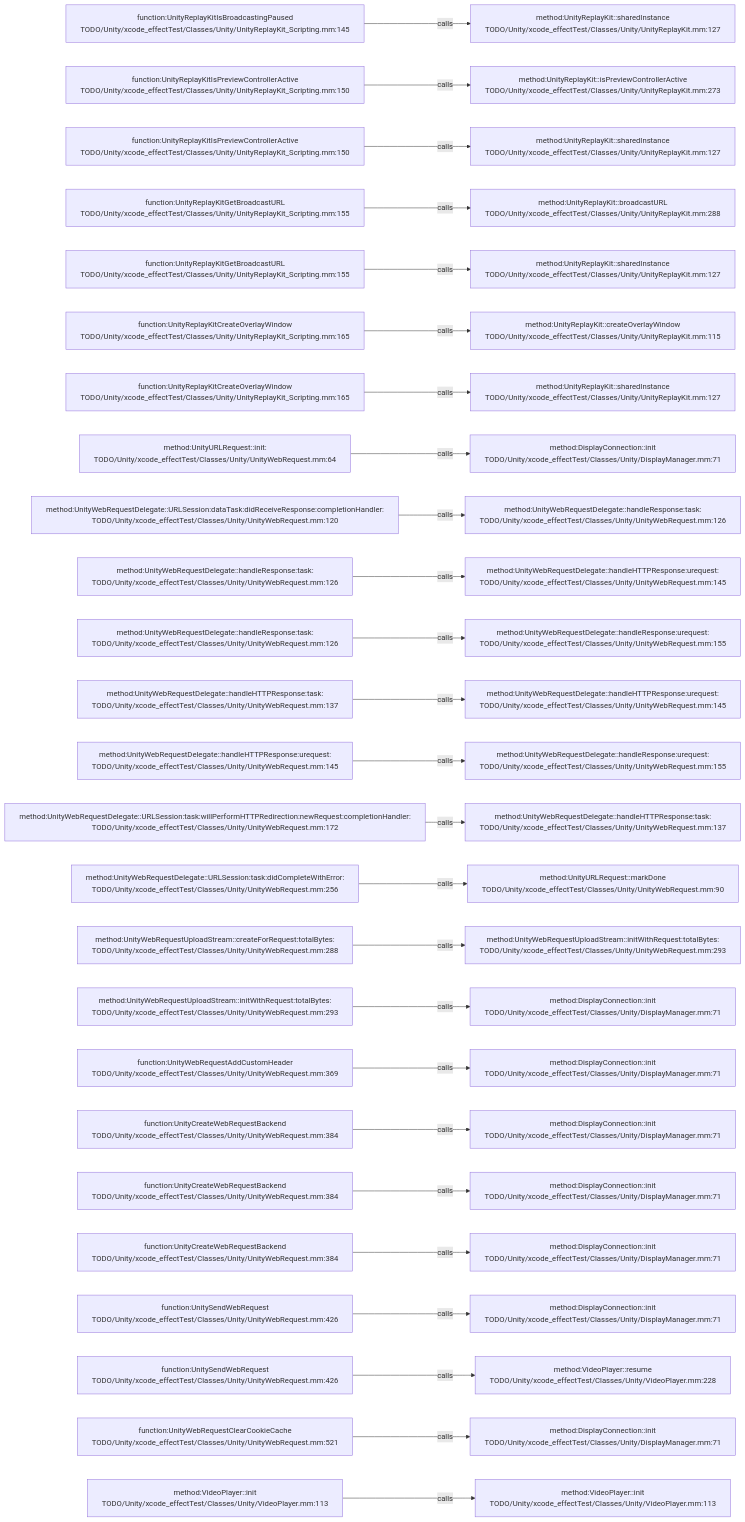
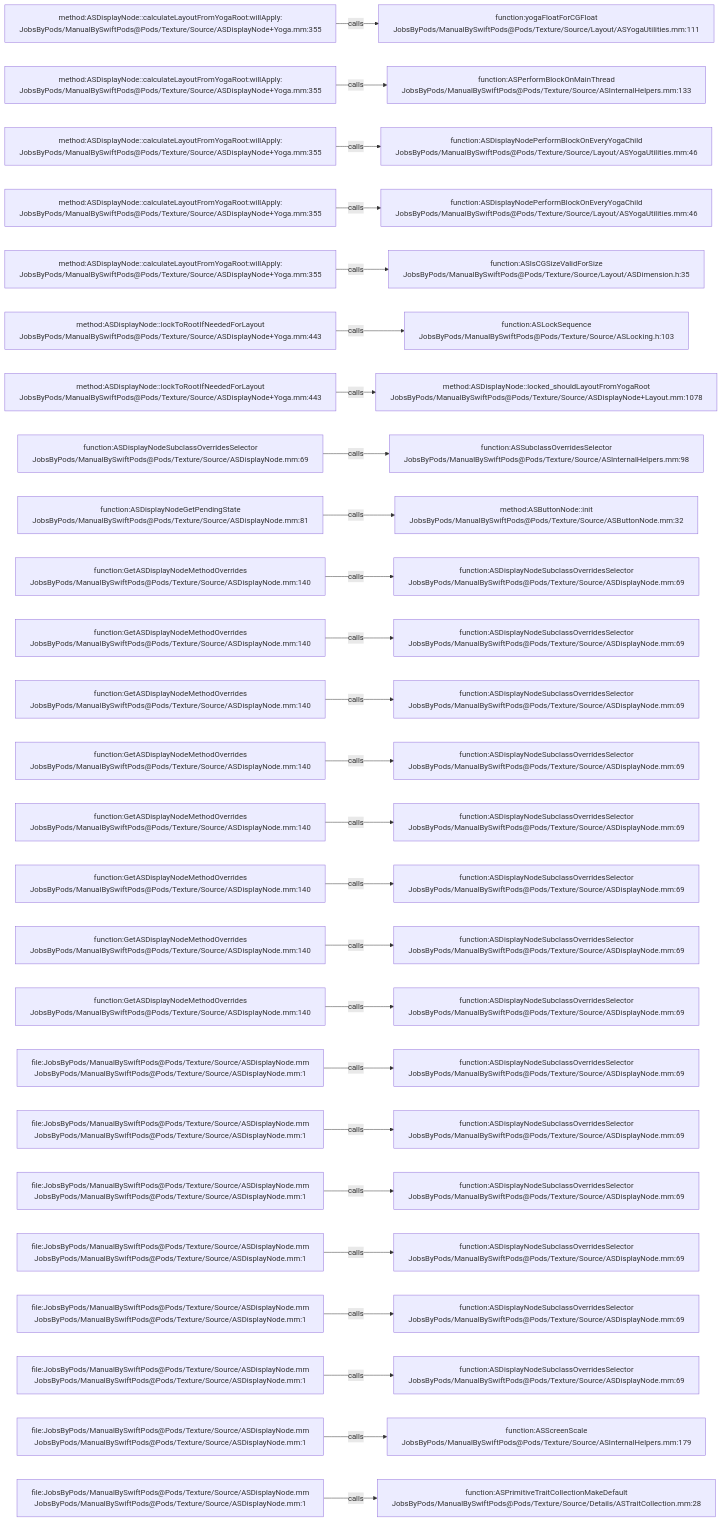
One commit to JobsKits/JobsSwiftBaseConfigDemo changed the diagram in .codegraph/codegraph.md/graphs/calls-045.md. Above: the diagram before and after it, drawn with Mermaid. The commit also changed 2959 other files, not shown here.

````diff
--- a/.codegraph/codegraph.md/graphs/calls-045.md
+++ b/.codegraph/codegraph.md/graphs/calls-045.md
@@ -13,78 +13,78 @@
 ```mermaid
 flowchart LR
-  S1["function:UnityReplayKitIsBroadcastingPaused<br/>TODO/Unity/xcode_effectTest/Classes/Unity/UnityReplayKit_Scripting.mm:145"]
-  T1["method:UnityReplayKit::sharedInstance<br/>TODO/Unity/xcode_effectTest/Classes/Unity/UnityReplayKit.mm:127"]
+  S1["method:ASDisplayNode::calculateLayoutFromYogaRoot:willApply:<br/>JobsByPods/ManualBySwiftPods@Pods/Texture/Source/ASDisplayNode+Yoga.mm:355"]
+  T1["function:yogaFloatForCGFloat<br/>JobsByPods/ManualBySwiftPods@Pods/Texture/Source/Layout/ASYogaUtilities.mm:111"]
   S1 -->|calls| T1
-  S2["function:UnityReplayKitIsPreviewControllerActive<br/>TODO/Unity/xcode_effectTest/Classes/Unity/UnityReplayKit_Scripting.mm:150"]
-  T2["method:UnityReplayKit::isPreviewControllerActive<br/>TODO/Unity/xcode_effectTest/Classes/Unity/UnityReplayKit.mm:273"]
+  S2["method:ASDisplayNode::calculateLayoutFromYogaRoot:willApply:<br/>JobsByPods/ManualBySwiftPods@Pods/Texture/Source/ASDisplayNode+Yoga.mm:355"]
+  T2["function:ASPerformBlockOnMainThread<br/>JobsByPods/ManualBySwiftPods@Pods/Texture/Source/ASInternalHelpers.mm:133"]
   S2 -->|calls| T2
-  S3["function:UnityReplayKitIsPreviewControllerActive<br/>TODO/Unity/xcode_effectTest/Classes/Unity/UnityReplayKit_Scripting.mm:150"]
-  T3["method:UnityReplayKit::sharedInstance<br/>TODO/Unity/xcode_effectTest/Classes/Unity/UnityReplayKit.mm:127"]
+  S3["method:ASDisplayNode::calculateLayoutFromYogaRoot:willApply:<br/>JobsByPods/ManualBySwiftPods@Pods/Texture/Source/ASDisplayNode+Yoga.mm:355"]
+  T3["function:ASDisplayNodePerformBlockOnEveryYogaChild<br/>JobsByPods/ManualBySwiftPods@Pods/Texture/Source/Layout/ASYogaUtilities.mm:46"]
   S3 -->|calls| T3
-  S4["function:UnityReplayKitGetBroadcastURL<br/>TODO/Unity/xcode_effectTest/Classes/Unity/UnityReplayKit_Scripting.mm:155"]
-  T4["method:UnityReplayKit::broadcastURL<br/>TODO/Unity/xcode_effectTest/Classes/Unity/UnityReplayKit.mm:288"]
+  S4["method:ASDisplayNode::calculateLayoutFromYogaRoot:willApply:<br/>JobsByPods/ManualBySwiftPods@Pods/Texture/Source/ASDisplayNode+Yoga.mm:355"]
+  T4["function:ASDisplayNodePerformBlockOnEveryYogaChild<br/>JobsByPods/ManualBySwiftPods@Pods/Texture/Source/Layout/ASYogaUtilities.mm:46"]
   S4 -->|calls| T4
-  S5["function:UnityReplayKitGetBroadcastURL<br/>TODO/Unity/xcode_effectTest/Classes/Unity/UnityReplayKit_Scripting.mm:155"]
-  T5["method:UnityReplayKit::sharedInstance<br/>TODO/Unity/xcode_effectTest/Classes/Unity/UnityReplayKit.mm:127"]
+  S5["method:ASDisplayNode::calculateLayoutFromYogaRoot:willApply:<br/>JobsByPods/ManualBySwiftPods@Pods/Texture/Source/ASDisplayNode+Yoga.mm:355"]
+  T5["function:ASIsCGSizeValidForSize<br/>JobsByPods/ManualBySwiftPods@Pods/Texture/Source/Layout/ASDimension.h:35"]
   S5 -->|calls| T5
-  S6["function:UnityReplayKitCreateOverlayWindow<br/>TODO/Unity/xcode_effectTest/Classes/Unity/UnityReplayKit_Scripting.mm:165"]
-  T6["method:UnityReplayKit::createOverlayWindow<br/>TODO/Unity/xcode_effectTest/Classes/Unity/UnityReplayKit.mm:115"]
+  S6["method:ASDisplayNode::lockToRootIfNeededForLayout<br/>JobsByPods/ManualBySwiftPods@Pods/Texture/Source/ASDisplayNode+Yoga.mm:443"]
+  T6["function:ASLockSequence<br/>JobsByPods/ManualBySwiftPods@Pods/Texture/Source/ASLocking.h:103"]
   S6 -->|calls| T6
-  S7["function:UnityReplayKitCreateOverlayWindow<br/>TODO/Unity/xcode_effectTest/Classes/Unity/UnityReplayKit_Scripting.mm:165"]
-  T7["method:UnityReplayKit::sharedInstance<br/>TODO/Unity/xcode_effectTest/Classes/Unity/UnityReplayKit.mm:127"]
+  S7["method:ASDisplayNode::lockToRootIfNeededForLayout<br/>JobsByPods/ManualBySwiftPods@Pods/Texture/Source/ASDisplayNode+Yoga.mm:443"]
+  T7["method:ASDisplayNode::locked_shouldLayoutFromYogaRoot<br/>JobsByPods/ManualBySwiftPods@Pods/Texture/Source/ASDisplayNode+Layout.mm:1078"]
   S7 -->|calls| T7
-  S8["method:UnityURLRequest::init:<br/>TODO/Unity/xcode_effectTest/Classes/Unity/UnityWebRequest.mm:64"]
-  T8["method:DisplayConnection::init<br/>TODO/Unity/xcode_effectTest/Classes/Unity/DisplayManager.mm:71"]
+  S8["function:ASDisplayNodeSubclassOverridesSelector<br/>JobsByPods/ManualBySwiftPods@Pods/Texture/Source/ASDisplayNode.mm:69"]
+  T8["function:ASSubclassOverridesSelector<br/>JobsByPods/ManualBySwiftPods@Pods/Texture/Source/ASInternalHelpers.mm:98"]
   S8 -->|calls| T8
-  S9["method:UnityWebRequestDelegate::URLSession:dataTask:didReceiveResponse:completionHandler:<br/>TODO/Unity/xcode_effectTest/Classes/Unity/UnityWebRequest.mm:120"]
-  T9["method:UnityWebRequestDelegate::handleResponse:task:<br/>TODO/Unity/xcode_effectTest/Classes/Unity/UnityWebRequest.mm:126"]
+  S9["function:ASDisplayNodeGetPendingState<br/>JobsByPods/ManualBySwiftPods@Pods/Texture/Source/ASDisplayNode.mm:81"]
+  T9["method:ASButtonNode::init<br/>JobsByPods/ManualBySwiftPods@Pods/Texture/Source/ASButtonNode.mm:32"]
   S9 -->|calls| T9
-  S10["method:UnityWebRequestDelegate::handleResponse:task:<br/>TODO/Unity/xcode_effectTest/Classes/Unity/UnityWebRequest.mm:126"]
-  T10["method:UnityWebRequestDelegate::handleHTTPResponse:urequest:<br/>TODO/Unity/xcode_effectTest/Classes/Unity/UnityWebRequest.mm:145"]
+  S10["function:GetASDisplayNodeMethodOverrides<br/>JobsByPods/ManualBySwiftPods@Pods/Texture/Source/ASDisplayNode.mm:140"]
+  T10["function:ASDisplayNodeSubclassOverridesSelector<br/>JobsByPods/ManualBySwiftPods@Pods/Texture/Source/ASDisplayNode.mm:69"]
   S10 -->|calls| T10
-  S11["method:UnityWebRequestDelegate::handleResponse:task:<br/>TODO/Unity/xcode_effectTest/Classes/Unity/UnityWebRequest.mm:126"]
-  T11["method:UnityWebRequestDelegate::handleResponse:urequest:<br/>TODO/Unity/xcode_effectTest/Classes/Unity/UnityWebRequest.mm:155"]
+  S11["function:GetASDisplayNodeMethodOverrides<br/>JobsByPods/ManualBySwiftPods@Pods/Texture/Source/ASDisplayNode.mm:140"]
+  T11["function:ASDisplayNodeSubclassOverridesSelector<br/>JobsByPods/ManualBySwiftPods@Pods/Texture/Source/ASDisplayNode.mm:69"]
   S11 -->|calls| T11
-  S12["method:UnityWebRequestDelegate::handleHTTPResponse:task:<br/>TODO/Unity/xcode_effectTest/Classes/Unity/UnityWebRequest.mm:137"]
-  T12["method:UnityWebRequestDelegate::handleHTTPResponse:urequest:<br/>TODO/Unity/xcode_effectTest/Classes/Unity/UnityWebRequest.mm:145"]
+  S12["function:GetASDisplayNodeMethodOverrides<br/>JobsByPods/ManualBySwiftPods@Pods/Texture/Source/ASDisplayNode.mm:140"]
+  T12["function:ASDisplayNodeSubclassOverridesSelector<br/>JobsByPods/ManualBySwiftPods@Pods/Texture/Source/ASDisplayNode.mm:69"]
   S12 -->|calls| T12
-  S13["method:UnityWebRequestDelegate::handleHTTPResponse:urequest:<br/>TODO/Unity/xcode_effectTest/Classes/Unity/UnityWebRequest.mm:145"]
-  T13["method:UnityWebRequestDelegate::handleResponse:urequest:<br/>TODO/Unity/xcode_effectTest/Classes/Unity/UnityWebRequest.mm:155"]
+  S13["function:GetASDisplayNodeMethodOverrides<br/>JobsByPods/ManualBySwiftPods@Pods/Texture/Source/ASDisplayNode.mm:140"]
+  T13["function:ASDisplayNodeSubclassOverridesSelector<br/>JobsByPods/ManualBySwiftPods@Pods/Texture/Source/ASDisplayNode.mm:69"]
   S13 -->|calls| T13
-  S14["method:UnityWebRequestDelegate::URLSession:task:willPerformHTTPRedirection:newRequest:completionHandler:<br/>TODO/Unity/xcode_effectTest/Classes/Unity/UnityWebRequest.mm:172"]
-  T14["method:UnityWebRequestDelegate::handleHTTPResponse:task:<br/>TODO/Unity/xcode_effectTest/Classes/Unity/UnityWebRequest.mm:137"]
+  S14["function:GetASDisplayNodeMethodOverrides<br/>JobsByPods/ManualBySwiftPods@Pods/Texture/Source/ASDisplayNode.mm:140"]
+  T14["function:ASDisplayNodeSubclassOverridesSelector<br/>JobsByPods/ManualBySwiftPods@Pods/Texture/Source/ASDisplayNode.mm:69"]
   S14 -->|calls| T14
-  S15["method:UnityWebRequestDelegate::URLSession:task:didCompleteWithError:<br/>TODO/Unity/xcode_effectTest/Classes/Unity/UnityWebRequest.mm:256"]
-  T15["method:UnityURLRequest::markDone<br/>TODO/Unity/xcode_effectTest/Classes/Unity/UnityWebRequest.mm:90"]
+  S15["function:GetASDisplayNodeMethodOverrides<br/>JobsByPods/ManualBySwiftPods@Pods/Texture/Source/ASDisplayNode.mm:140"]
+  T15["function:ASDisplayNodeSubclassOverridesSelector<br/>JobsByPods/ManualBySwiftPods@Pods/Texture/Source/ASDisplayNode.mm:69"]
   S15 -->|calls| T15
-  S16["method:UnityWebRequestUploadStream::createForRequest:totalBytes:<br/>TODO/Unity/xcode_effectTest/Classes/Unity/UnityWebRequest.mm:288"]
-  T16["method:UnityWebRequestUploadStream::initWithRequest:totalBytes:<br/>TODO/Unity/xcode_effectTest/Classes/Unity/UnityWebRequest.mm:293"]
+  S16["function:GetASDisplayNodeMethodOverrides<br/>JobsByPods/ManualBySwiftPods@Pods/Texture/Source/ASDisplayNode.mm:140"]
+  T16["function:ASDisplayNodeSubclassOverridesSelector<br/>JobsByPods/ManualBySwiftPods@Pods/Texture/Source/ASDisplayNode.mm:69"]
   S16 -->|calls| T16
-  S17["method:UnityWebRequestUploadStream::initWithRequest:totalBytes:<br/>TODO/Unity/xcode_effectTest/Classes/Unity/UnityWebRequest.mm:293"]
-  T17["method:DisplayConnection::init<br/>TODO/Unity/xcode_effectTest/Classes/Unity/DisplayManager.mm:71"]
+  S17["function:GetASDisplayNodeMethodOverrides<br/>JobsByPods/ManualBySwiftPods@Pods/Texture/Source/ASDisplayNode.mm:140"]
+  T17["function:ASDisplayNodeSubclassOverridesSelector<br/>JobsByPods/ManualBySwiftPods@Pods/Texture/Source/ASDisplayNode.mm:69"]
   S17 -->|calls| T17
-  S18["function:UnityWebRequestAddCustomHeader<br/>TODO/Unity/xcode_effectTest/Classes/Unity/UnityWebRequest.mm:369"]
-  T18["method:DisplayConnection::init<br/>TODO/Unity/xcode_effectTest/Classes/Unity/DisplayManager.mm:71"]
+  S18["file:JobsByPods/ManualBySwiftPods@Pods/Texture/Source/ASDisplayNode.mm<br/>JobsByPods/ManualBySwiftPods@Pods/Texture/Source/ASDisplayNode.mm:1"]
+  T18["function:ASDisplayNodeSubclassOverridesSelector<br/>JobsByPods/ManualBySwiftPods@Pods/Texture/Source/ASDisplayNode.mm:69"]
   S18 -->|calls| T18
-  S19["function:UnityCreateWebRequestBackend<br/>TODO/Unity/xcode_effectTest/Classes/Unity/UnityWebRequest.mm:384"]
-  T19["method:DisplayConnection::init<br/>TODO/Unity/xcode_effectTest/Classes/Unity/DisplayManager.mm:71"]
+  S19["file:JobsByPods/ManualBySwiftPods@Pods/Texture/Source/ASDisplayNode.mm<br/>JobsByPods/ManualBySwiftPods@Pods/Texture/Source/ASDisplayNode.mm:1"]
+  T19["function:ASDisplayNodeSubclassOverridesSelector<br/>JobsByPods/ManualBySwiftPods@Pods/Texture/Source/ASDisplayNode.mm:69"]
   S19 -->|calls| T19
-  S20["function:UnityCreateWebRequestBackend<br/>TODO/Unity/xcode_effectTest/Classes/Unity/UnityWebRequest.mm:384"]
-  T20["method:DisplayConnection::init<br/>TODO/Unity/xcode_effectTest/Classes/Unity/DisplayManager.mm:71"]
+  S20["file:JobsByPods/ManualBySwiftPods@Pods/Texture/Source/ASDisplayNode.mm<br/>JobsByPods/ManualBySwiftPods@Pods/Texture/Source/ASDisplayNode.mm:1"]
+  T20["function:ASDisplayNodeSubclassOverridesSelector<br/>JobsByPods/ManualBySwiftPods@Pods/Texture/Source/ASDisplayNode.mm:69"]
   S20 -->|calls| T20
-  S21["function:UnityCreateWebRequestBackend<br/>TODO/Unity/xcode_effectTest/Classes/Unity/UnityWebRequest.mm:384"]
-  T21["method:DisplayConnection::init<br/>TODO/Unity/xcode_effectTest/Classes/Unity/DisplayManager.mm:71"]
+  S21["file:JobsByPods/ManualBySwiftPods@Pods/Texture/Source/ASDisplayNode.mm<br/>JobsByPods/ManualBySwiftPods@Pods/Texture/Source/ASDisplayNode.mm:1"]
+  T21["function:ASDisplayNodeSubclassOverridesSelector<br/>JobsByPods/ManualBySwiftPods@Pods/Texture/Source/ASDisplayNode.mm:69"]
   S21 -->|calls| T21
-  S22["function:UnitySendWebRequest<br/>TODO/Unity/xcode_effectTest/Classes/Unity/UnityWebRequest.mm:426"]
-  T22["method:DisplayConnection::init<br/>TODO/Unity/xcode_effectTest/Classes/Unity/DisplayManager.mm:71"]
+  S22["file:JobsByPods/ManualBySwiftPods@Pods/Texture/Source/ASDisplayNode.mm<br/>JobsByPods/ManualBySwiftPods@Pods/Texture/Source/ASDisplayNode.mm:1"]
+  T22["function:ASDisplayNodeSubclassOverridesSelector<br/>JobsByPods/ManualBySwiftPods@Pods/Texture/Source/ASDisplayNode.mm:69"]
   S22 -->|calls| T22
-  S23["function:UnitySendWebRequest<br/>TODO/Unity/xcode_effectTest/Classes/Unity/UnityWebRequest.mm:426"]
-  T23["method:VideoPlayer::resume<br/>TODO/Unity/xcode_effectTest/Classes/Unity/VideoPlayer.mm:228"]
+  S23["file:JobsByPods/ManualBySwiftPods@Pods/Texture/Source/ASDisplayNode.mm<br/>JobsByPods/ManualBySwiftPods@Pods/Texture/Source/ASDisplayNode.mm:1"]
+  T23["function:ASDisplayNodeSubclassOverridesSelector<br/>JobsByPods/ManualBySwiftPods@Pods/Texture/Source/ASDisplayNode.mm:69"]
   S23 -->|calls| T23
-  S24["function:UnityWebRequestClearCookieCache<br/>TODO/Unity/xcode_effectTest/Classes/Unity/UnityWebRequest.mm:521"]
-  T24["method:DisplayConnection::init<br/>TODO/Unity/xcode_effectTest/Classes/Unity/DisplayManager.mm:71"]
+  S24["file:JobsByPods/ManualBySwiftPods@Pods/Texture/Source/ASDisplayNode.mm<br/>JobsByPods/ManualBySwiftPods@Pods/Texture/Source/ASDisplayNode.mm:1"]
+  T24["function:ASScreenScale<br/>JobsByPods/ManualBySwiftPods@Pods/Texture/Source/ASInternalHelpers.mm:179"]
   S24 -->|calls| T24
-  S25["method:VideoPlayer::init<br/>TODO/Unity/xcode_effectTest/Classes/Unity/VideoPlayer.mm:113"]
-  T25["method:VideoPlayer::init<br/>TODO/Unity/xcode_effectTest/Classes/Unity/VideoPlayer.mm:113"]
+  S25["file:JobsByPods/ManualBySwiftPods@Pods/Texture/Source/ASDisplayNode.mm<br/>JobsByPods/ManualBySwiftPods@Pods/Texture/Source/ASDisplayNode.mm:1"]
+  T25["function:ASPrimitiveTraitCollectionMakeDefault<br/>JobsByPods/ManualBySwiftPods@Pods/Texture/Source/Details/ASTraitCollection.mm:28"]
   S25 -->|calls| T25
 ```
````
